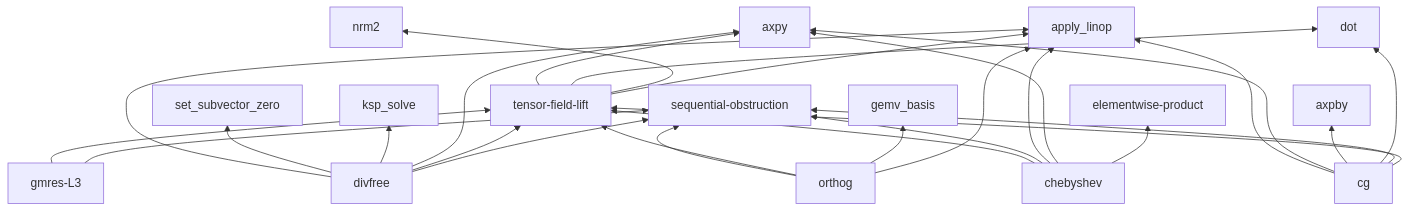
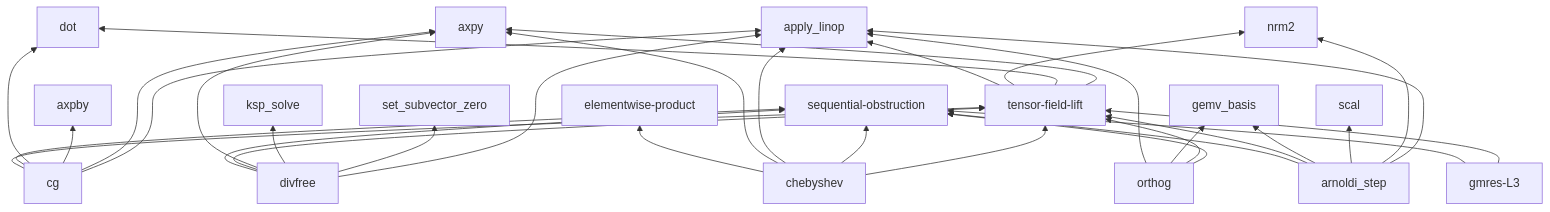
Before and after one commit to crutcher/palace_whiteroom: the fifth of 6 diagrams in book/src/concepts/dependency-map.md, drawn with Mermaid. The commit also changed 5 other files, not shown here.

Commit message:
cycle: forward arnoldi_step [L2→L3] → pass

````diff
--- a/book/src/concepts/dependency-map.md
+++ b/book/src/concepts/dependency-map.md
@@ -205,30 +205,36 @@
 ```mermaid
 graph BT
   tensor-field-lift --> axpy
   tensor-field-lift --> dot
   tensor-field-lift --> nrm2
   tensor-field-lift --> apply_linop
   gmres-L3 --> tensor-field-lift
   gmres-L3 --> sequential-obstruction
   divfree --> apply_linop
   divfree --> set_subvector_zero
   divfree --> ksp_solve
   divfree --> axpy
   divfree --> tensor-field-lift
   divfree --> sequential-obstruction
   orthog --> sequential-obstruction
   orthog --> tensor-field-lift
   orthog --> gemv_basis
   orthog --> apply_linop
   chebyshev --> tensor-field-lift
   chebyshev --> sequential-obstruction
   chebyshev --> apply_linop
   chebyshev --> axpy
   chebyshev --> elementwise-product
   cg --> apply_linop
   cg --> axpy
   cg --> axpby
   cg --> dot
   cg --> sequential-obstruction
   cg --> tensor-field-lift
+  arnoldi_step --> apply_linop
+  arnoldi_step --> nrm2
+  arnoldi_step --> scal
+  arnoldi_step --> gemv_basis
+  arnoldi_step --> tensor-field-lift
+  arnoldi_step --> sequential-obstruction
 ```
````
